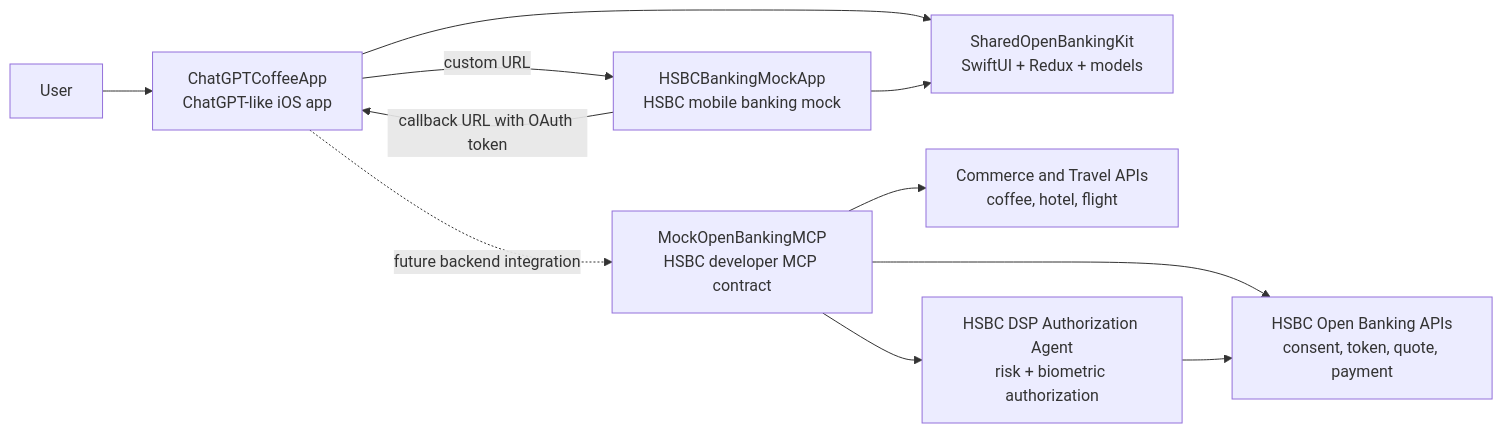
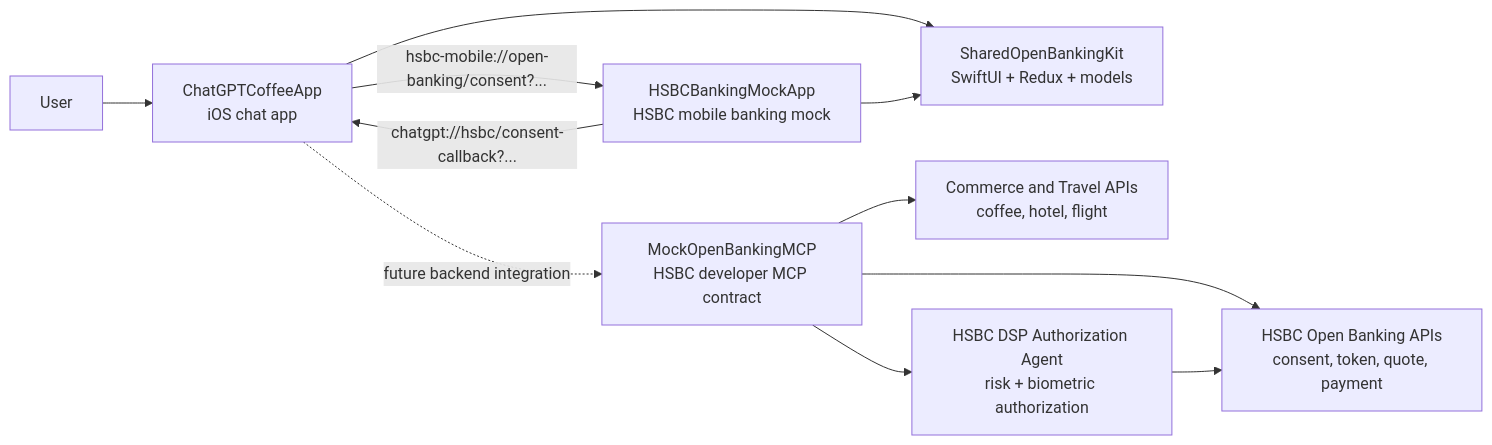
Before and after one commit to EdwardLMH/LLMChatIntegration: the second of 8 diagrams in DESIGN.md, drawn with Mermaid. The commit also changed other lines of this file and 35 other files, not shown here.

````diff
--- a/DESIGN.md
+++ b/DESIGN.md
@@ -67,22 +66,22 @@
 ```mermaid
 flowchart LR
     User[User]
-    ChatApp[ChatGPTCoffeeApp<br/>ChatGPT-like iOS app]
+    ChatApp[ChatGPTCoffeeApp<br/>iOS chat app]
     BankApp[HSBCBankingMockApp<br/>HSBC mobile banking mock]
     Shared[SharedOpenBankingKit<br/>SwiftUI + Redux + models]
     MCP[MockOpenBankingMCP<br/>HSBC developer MCP contract]
     Commerce[Commerce and Travel APIs<br/>coffee, hotel, flight]
     OpenBanking[HSBC Open Banking APIs<br/>consent, token, quote, payment]
     DSP[HSBC DSP Authorization Agent<br/>risk + biometric authorization]
 
     User --> ChatApp
     ChatApp --> Shared
     BankApp --> Shared
-    ChatApp -- custom URL --> BankApp
-    BankApp -- callback URL with OAuth token --> ChatApp
+    ChatApp -- "hsbc-mobile://open-banking/consent?..." --> BankApp
+    BankApp -- "chatgpt://hsbc/consent-callback?..." --> ChatApp
     ChatApp -. future backend integration .-> MCP
     MCP --> Commerce
     MCP --> OpenBanking
     MCP --> DSP
     DSP --> OpenBanking
 ```
````
